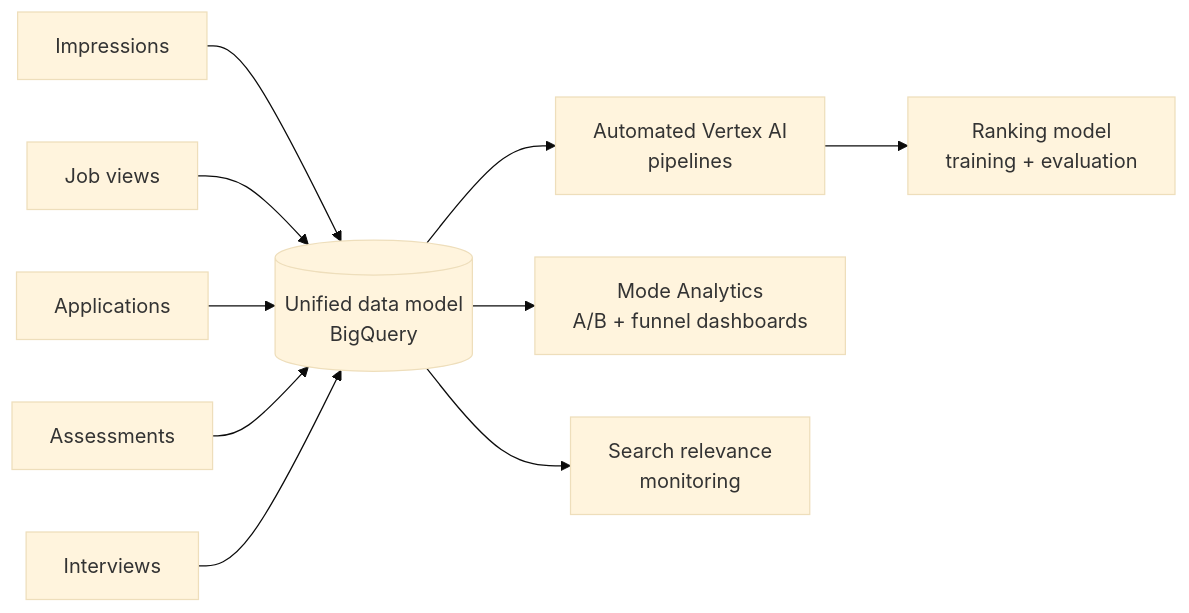
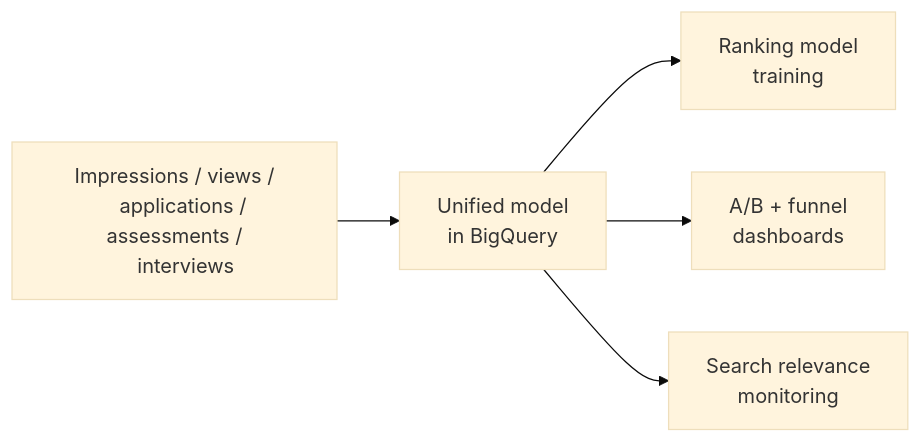
The fourth of 5 diagrams in README.md (muhammad-obaidullah/muhammad-obaidullah), drawn with Mermaid (base theme) before and after one commit. The commit also changed other lines of this file, not shown here.

````diff
--- a/README.md
+++ b/README.md
@@ -140,17 +167,13 @@
 ```mermaid
 flowchart LR
-    A[Impressions] --> U[(Unified data model
-    BigQuery)]
-    B[Job views] --> U
-    C[Applications] --> U
-    D[Assessments] --> U
-    E[Interviews] --> U
-    U --> F[Automated Vertex AI
-    pipelines]
-    F --> G[Ranking model
-    training + evaluation]
-    U --> H[Mode Analytics
-    A/B + funnel dashboards]
-    U --> I[Search relevance
+    A[Impressions / views /
+    applications / assessments /
+    interviews] --> U[Unified model
+    in BigQuery]
+    U --> MT[Ranking model
+    training]
+    U --> AB[A/B + funnel
+    dashboards]
+    U --> SR[Search relevance
     monitoring]
 ```
````
